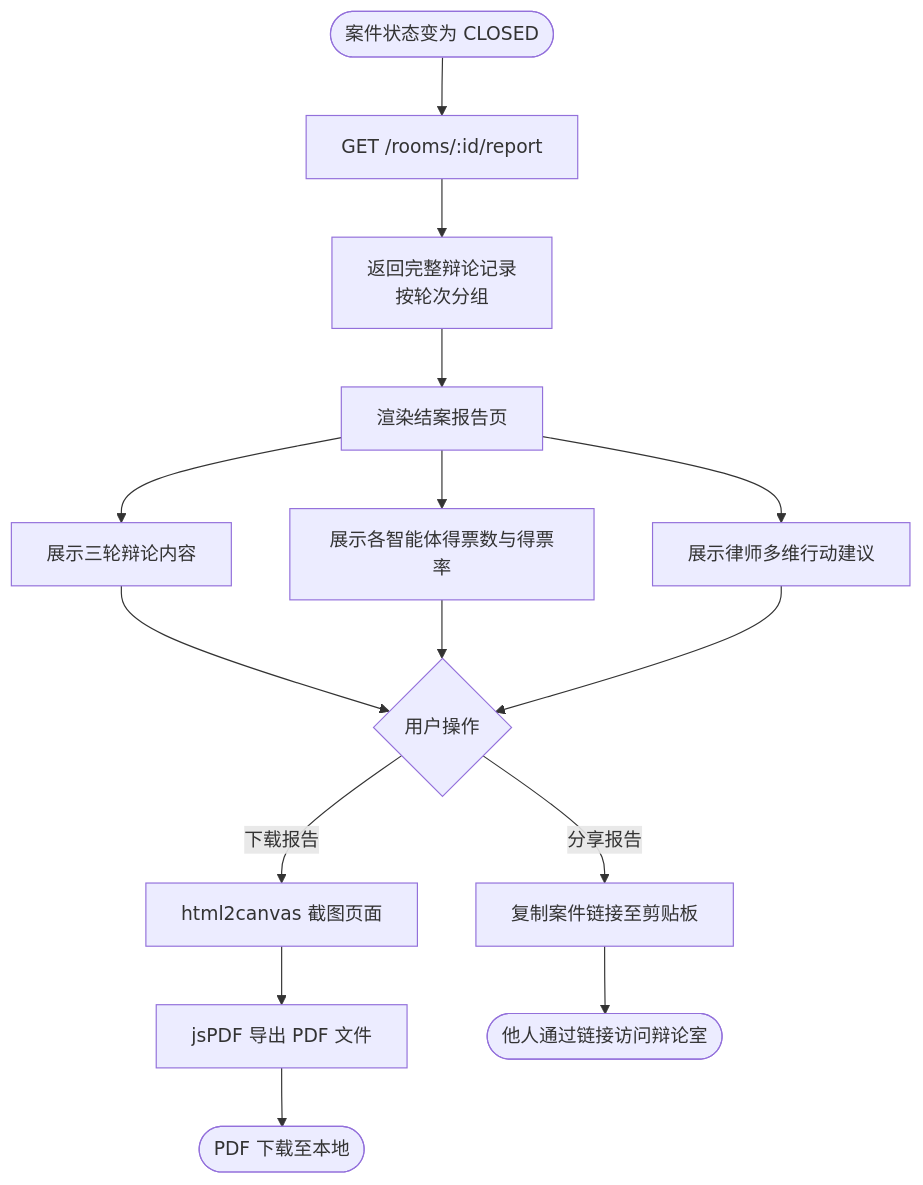
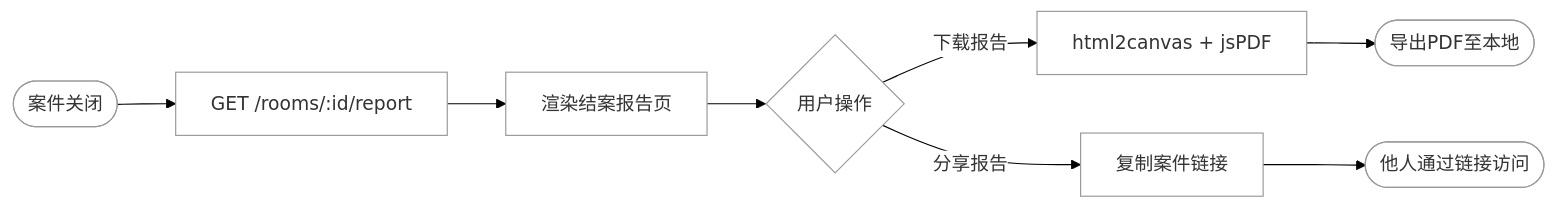
One commit to huangkaihao666/graduate-design changed the tenth of 19 diagrams in docs/毕设图表.md. Above: the diagram before and after it, drawn with Mermaid. The commit also changed other lines of this file, not shown here.

Commit message:
docs: 添加毕设图表40%

````diff
--- a/docs/毕设图表.md
+++ b/docs/毕设图表.md
@@ -427,15 +403,11 @@
 ```mermaid
-flowchart TD
-    A([案件状态变为 CLOSED]) --> B[GET /rooms/:id/report]
-    B --> C[返回完整辩论记录<br/>按轮次分组]
-    C --> D[渲染结案报告页]
-    D --> E[展示三轮辩论内容]
-    D --> F[展示各智能体得票数与得票率]
-    D --> G[展示律师多维行动建议]
-    E & F & G --> H{用户操作}
-    H -- 下载报告 --> I[html2canvas 截图页面]
-    I --> J[jsPDF 导出 PDF 文件]
-    J --> K([PDF 下载至本地])
-    H -- 分享报告 --> L[复制案件链接至剪贴板]
-    L --> M([他人通过链接访问辩论室])
+%%{init:{'theme':'base','themeVariables':{'background':'#ffffff','mainBkg':'#ffffff','clusterBkg':'#ffffff','nodeBorder':'#999999','edgeLabelBackground':'#ffffff'}}}%%
+flowchart LR
+    A([案件关闭]) --> B[GET /rooms/:id/report]
+    B --> C[渲染结案报告页]
+    C --> D{用户操作}
+    D -- 下载报告 --> E[html2canvas + jsPDF]
+    E --> F([导出PDF至本地])
+    D -- 分享报告 --> G[复制案件链接]
+    G --> H([他人通过链接访问])
 ```
````
